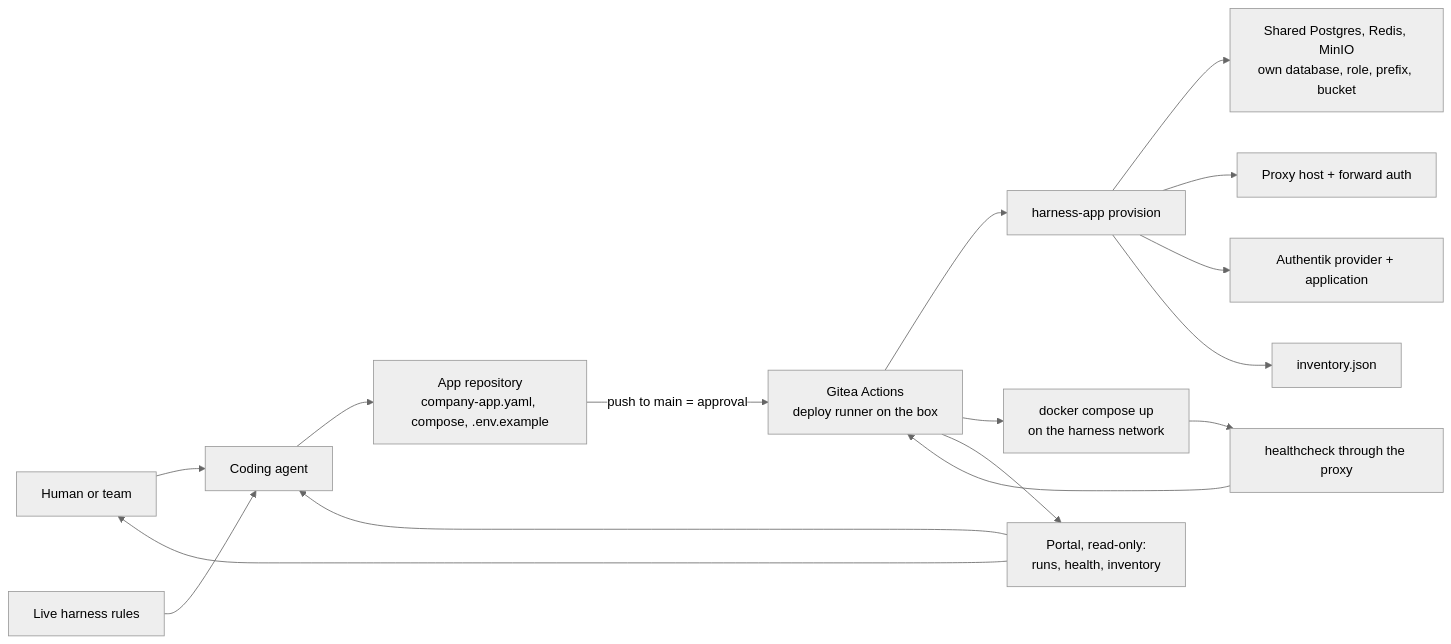
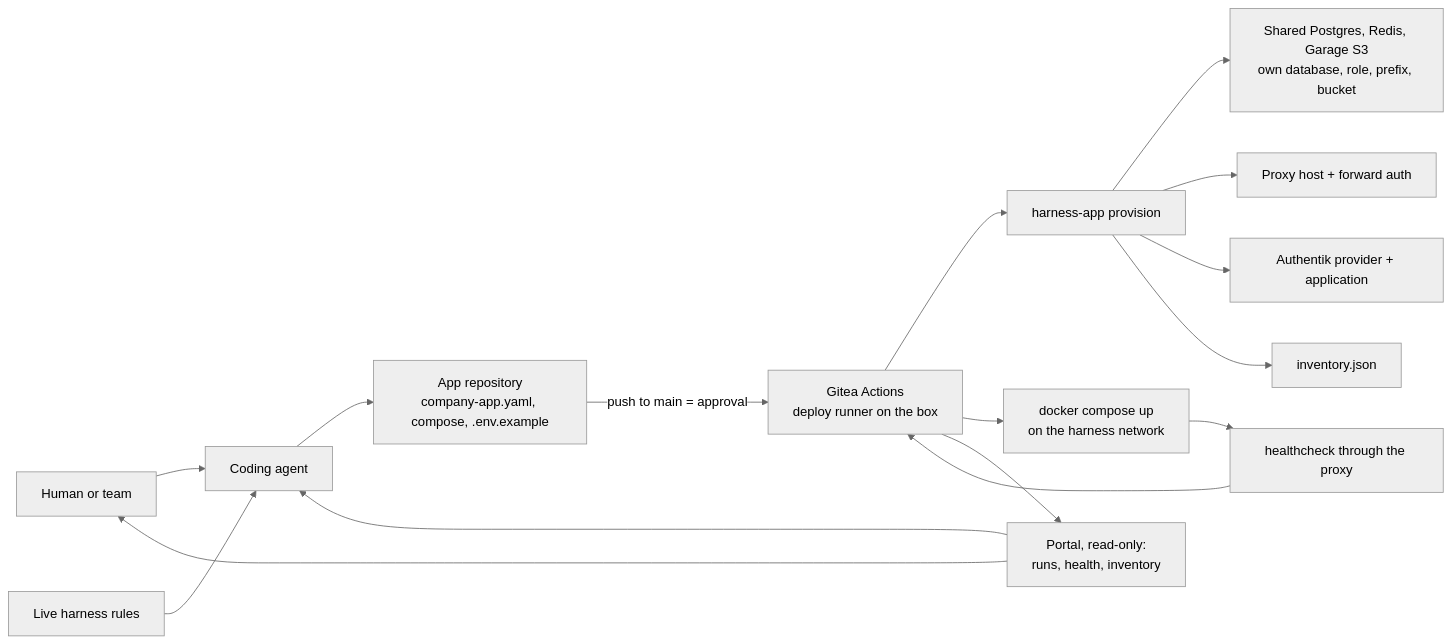
One commit to Estoca/inhousecloud changed the second of 2 diagrams in README.md. Above: the diagram before and after it, drawn with Mermaid (neutral theme). The commit also changed other lines of this file and 26 other files, not shown here.

First line of the commit message:
Storage profile: Garage replaces MinIO; bucket and key per app end to end

````diff
--- a/README.md
+++ b/README.md
@@ -137,20 +137,20 @@
 ```mermaid
 flowchart LR
   Human[Human or team] --> Agent[Coding agent]
   Agent --> AppRepo[App repository<br/>company-app.yaml, compose, .env.example]
   Rules[Live harness rules] --> Agent
 
   AppRepo -->|push to main = approval| Actions[Gitea Actions<br/>deploy runner on the box]
   Actions --> Provision[harness-app provision]
-  Provision --> Services[Shared Postgres, Redis, MinIO<br/>own database, role, prefix, bucket]
+  Provision --> Services[Shared Postgres, Redis, Garage S3<br/>own database, role, prefix, bucket]
   Provision --> Proxy[Proxy host + forward auth]
   Provision --> Auth[Authentik provider + application]
   Provision --> Inventory[inventory.json]
   Actions --> Docker[docker compose up<br/>on the harness network]
   Docker --> Health[healthcheck through the proxy]
   Health --> Actions
 
   Actions --> Portal[Portal, read-only:<br/>runs, health, inventory]
   Portal --> Human
   Portal --> Agent
 ```
````
